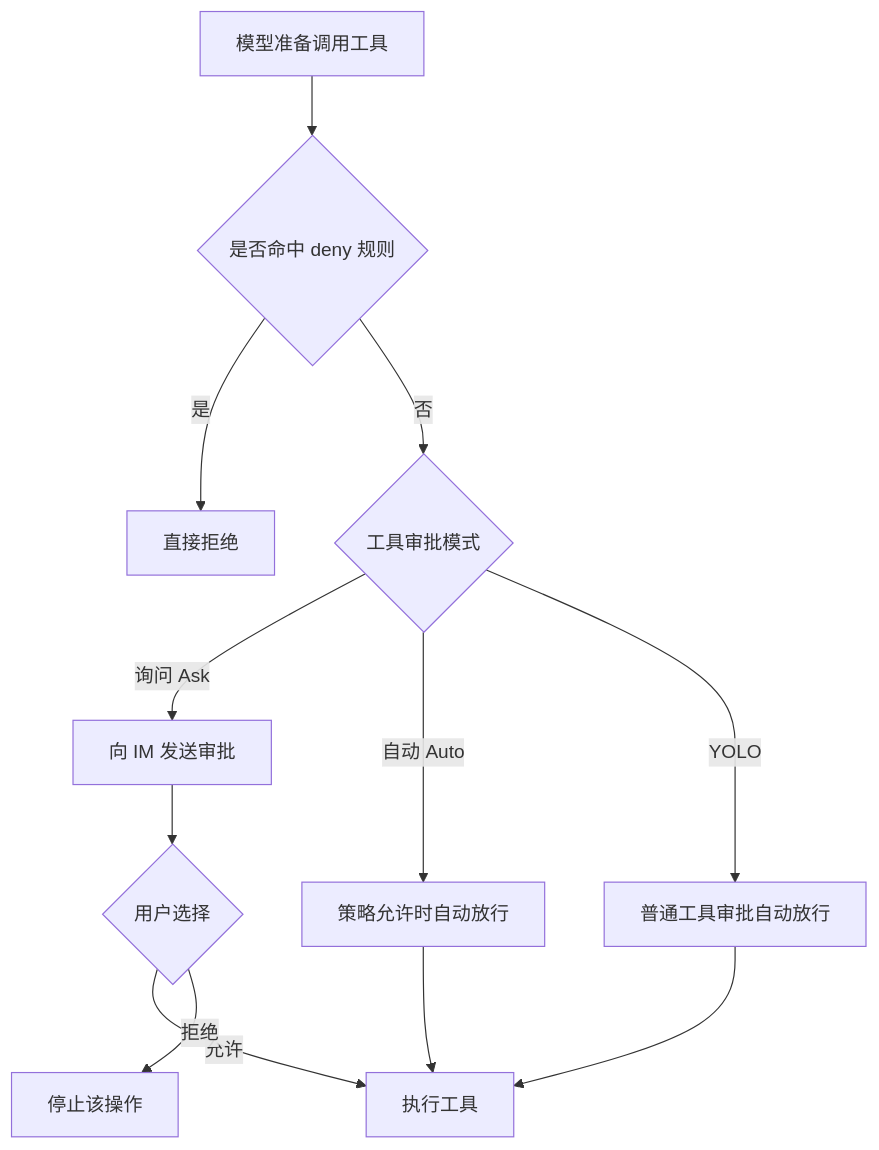
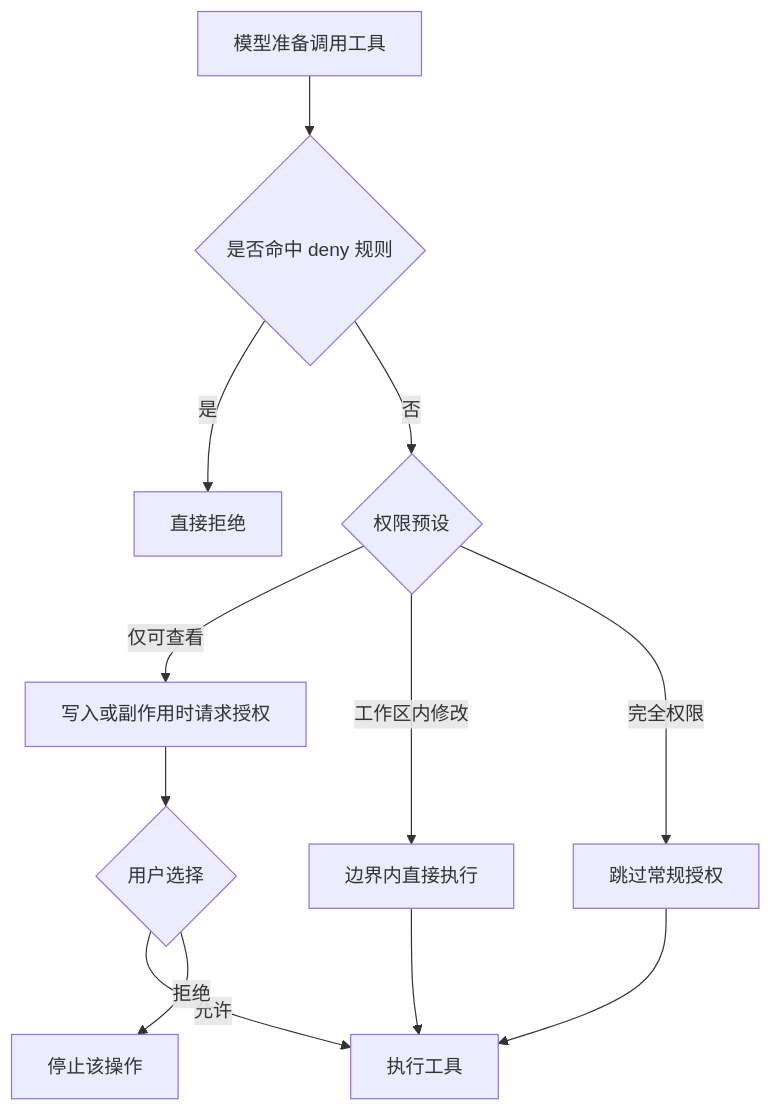
The third of 3 diagrams in docs/BOT_GUIDE.zh-CN.md (wumingmr/reasonix_android_custon), drawn with Mermaid before and after one commit. The commit also changed other lines of this file and 7102 other files, not shown here.

````diff
--- a/docs/BOT_GUIDE.zh-CN.md
+++ b/docs/BOT_GUIDE.zh-CN.md
@@ -378,14 +373,14 @@
 ```mermaid
 flowchart TD
   A["模型准备调用工具"] --> B{"是否命中 deny 规则"}
   B -- "是" --> C["直接拒绝"]
-  B -- "否" --> D{"工具审批模式"}
-  D -- "询问 Ask" --> E["向 IM 发送审批"]
-  D -- "自动 Auto" --> F["策略允许时自动放行"]
-  D -- "YOLO" --> G["普通工具审批自动放行"]
+  B -- "否" --> D{"权限预设"}
+  D -- "仅可查看" --> E["写入或副作用时请求授权"]
+  D -- "工作区内修改" --> F["边界内直接执行"]
+  D -- "完全权限" --> G["跳过常规授权"]
   E --> H{"用户选择"}
   H -- "允许" --> I["执行工具"]
   H -- "拒绝" --> J["停止该操作"]
   F --> I
   G --> I
 ```
````
